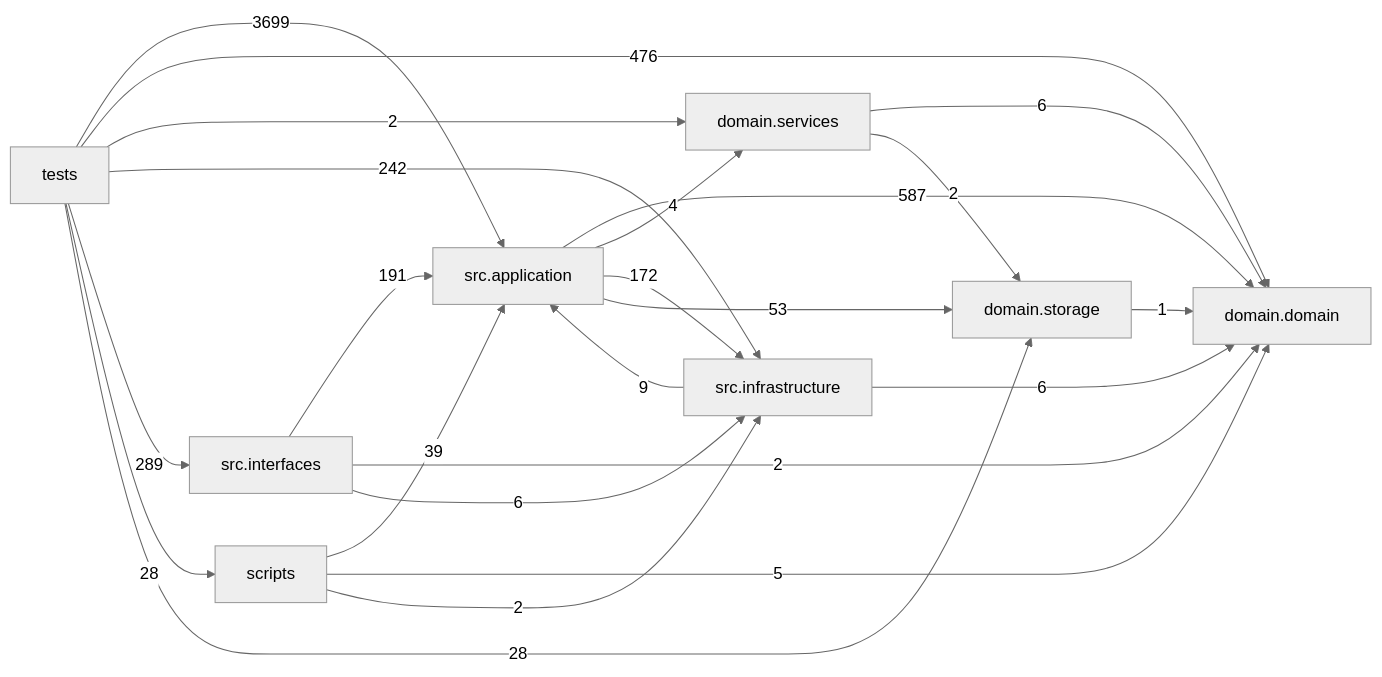
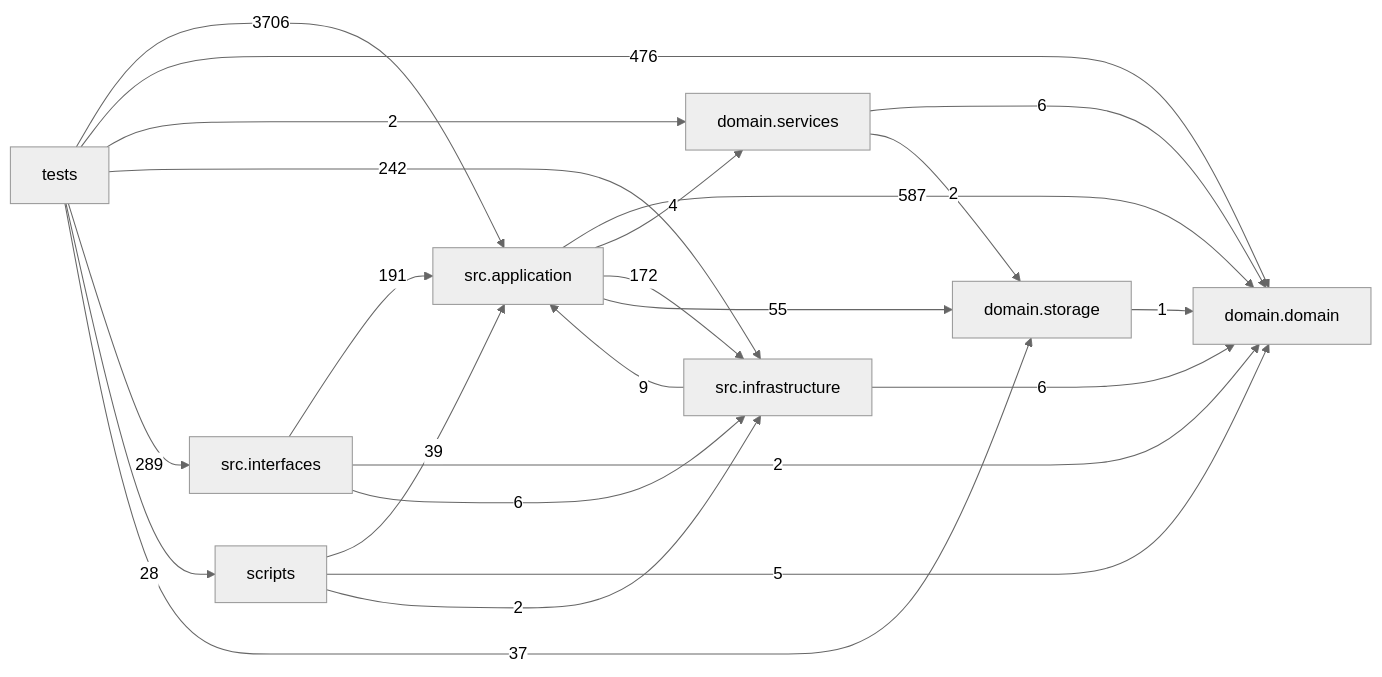
One commit to liuxie066/options-monitor changed the diagram in docs/DEPENDENCY_GRAPH.md. Above: the diagram before and after it, drawn with Mermaid (neutral theme). The commit also changed other lines of this file and 11 other files, not shown here.

````diff
--- a/docs/DEPENDENCY_GRAPH.md
+++ b/docs/DEPENDENCY_GRAPH.md
@@ -24,33 +24,33 @@
 ```mermaid
 flowchart LR
   tests["tests"]
   scripts["scripts"]
   interfaces["src.interfaces"]
   application["src.application"]
   infrastructure["src.infrastructure"]
   domain_services["domain.services"]
   domain["domain.domain"]
   storage["domain.storage"]
   application -->|587| domain
   application -->|4| domain_services
   application -->|172| infrastructure
-  application -->|53| storage
+  application -->|55| storage
   domain_services -->|6| domain
   domain_services -->|2| storage
   infrastructure -->|9| application
   infrastructure -->|6| domain
   interfaces -->|191| application
   interfaces -->|2| domain
   interfaces -->|6| infrastructure
   scripts -->|39| application
   scripts -->|5| domain
   scripts -->|2| infrastructure
   storage -->|1| domain
-  tests -->|3699| application
+  tests -->|3706| application
   tests -->|476| domain
   tests -->|2| domain_services
   tests -->|242| infrastructure
   tests -->|289| interfaces
   tests -->|28| scripts
-  tests -->|28| storage
+  tests -->|37| storage
 ```
````
